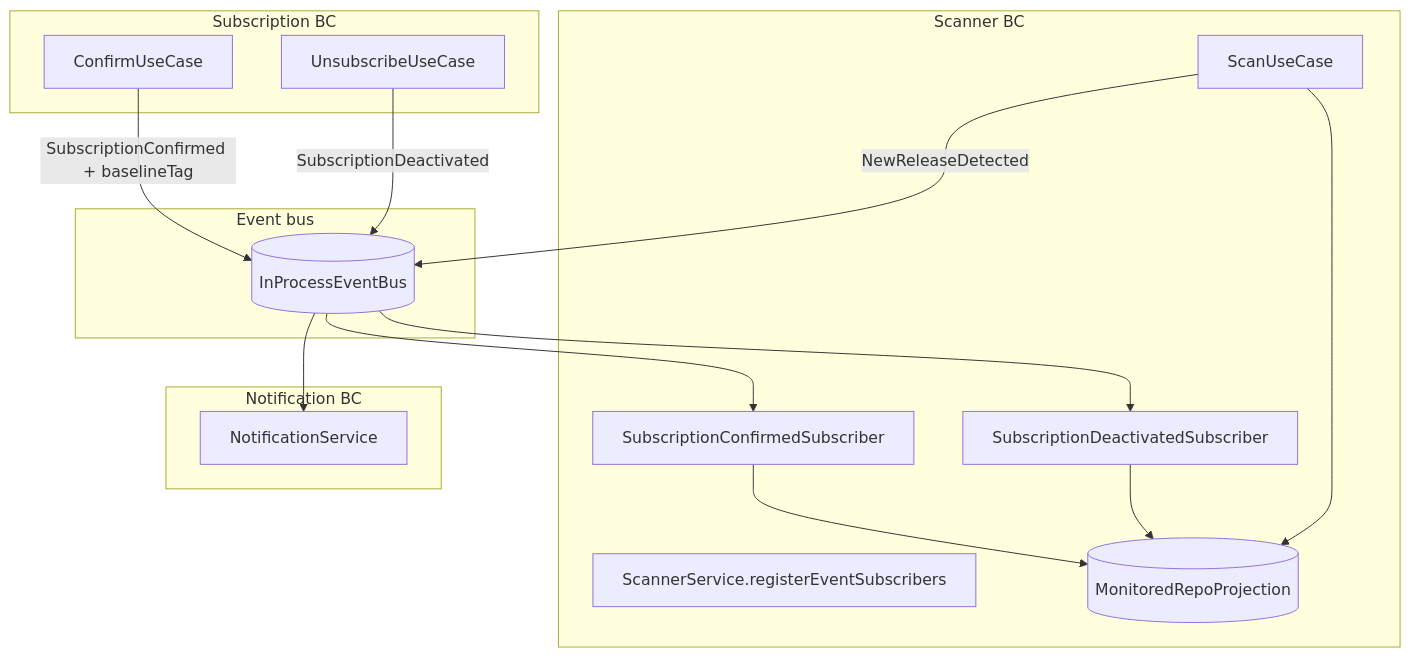
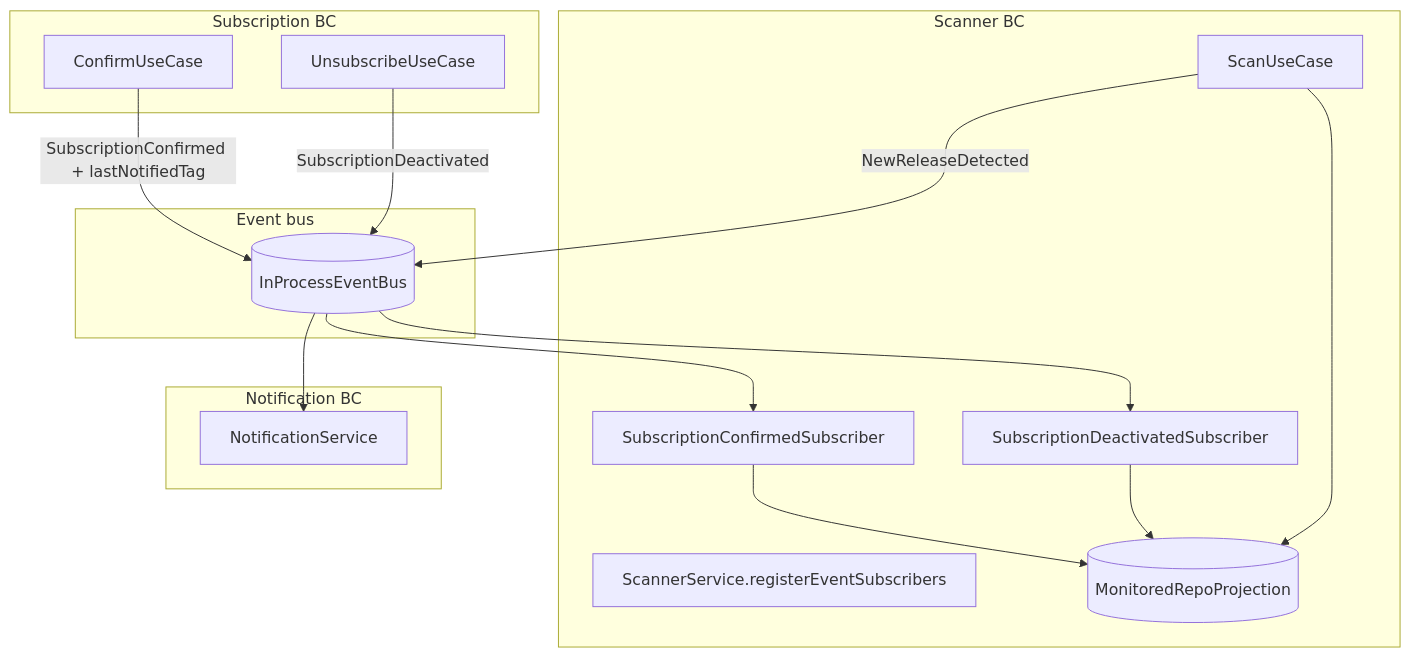
The diagram in docs/monitored-repo-plan.md (GenesisEducationKyiv/software-engineering-school-6-0-artemmatiushenko1), drawn with Mermaid before and after one commit. The commit also changed other lines of this file and 25 other files, not shown here.

````diff
--- a/docs/monitored-repo-plan.md
+++ b/docs/monitored-repo-plan.md
@@ -23,31 +23,31 @@
 ```mermaid
 flowchart TB
   subgraph subscription [Subscription BC]
     ConfirmUC[ConfirmUseCase]
     UnsubUC[UnsubscribeUseCase]
   end
 
   subgraph bus [Event bus]
     EB[(InProcessEventBus)]
   end
 
   subgraph scanner [Scanner BC]
     SS[ScannerService.registerEventSubscribers]
     ConfSub[SubscriptionConfirmedSubscriber]
     DeactSub[SubscriptionDeactivatedSubscriber]
     Proj[(MonitoredRepoProjection)]
     ScanUC[ScanUseCase]
   end
 
   subgraph notification [Notification BC]
     NS[NotificationService]
   end
 
-  ConfirmUC -->|SubscriptionConfirmed + baselineTag| EB
+  ConfirmUC -->|SubscriptionConfirmed + lastNotifiedTag| EB
   UnsubUC -->|SubscriptionDeactivated| EB
   EB --> ConfSub --> Proj
   EB --> DeactSub --> Proj
   ScanUC --> Proj
   ScanUC -->|NewReleaseDetected| EB
   EB --> NS
 ```
````
